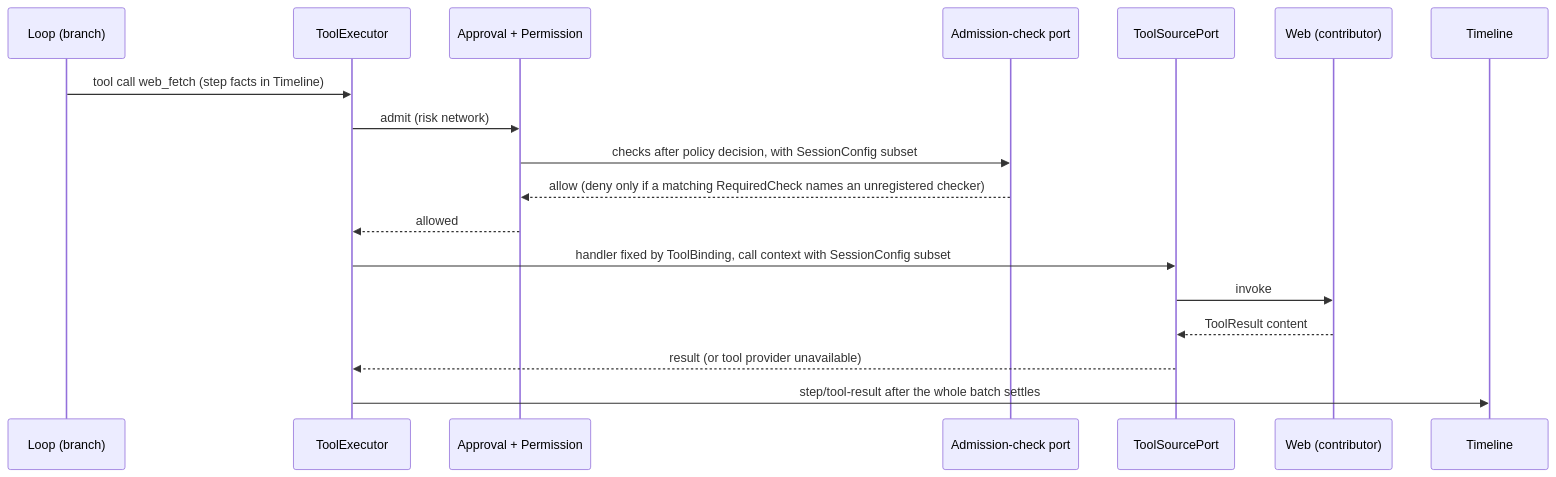
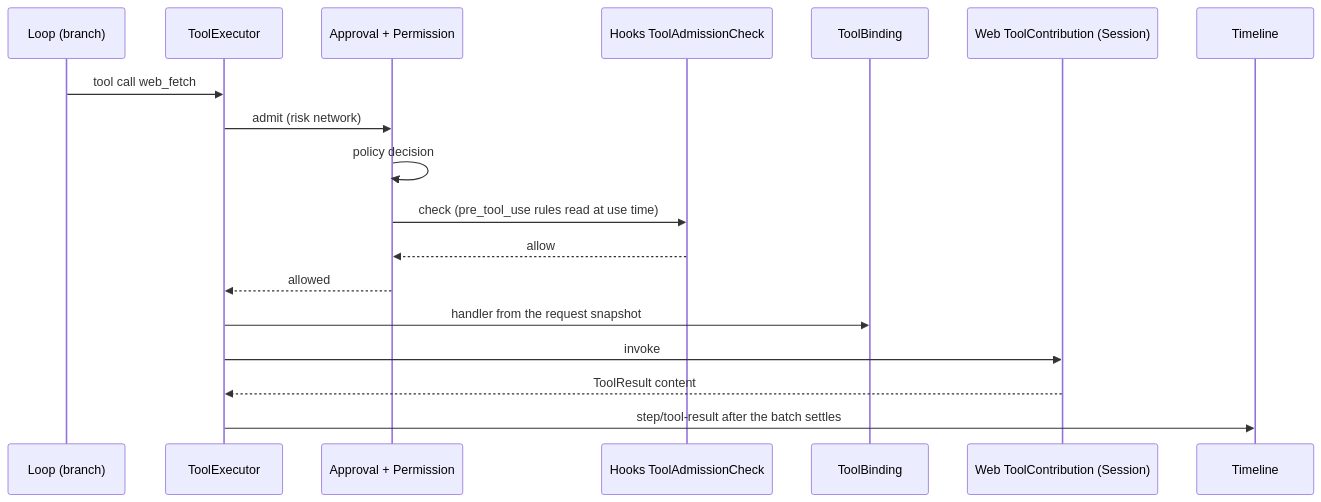
One commit to CoutinhoTTS/dim-agent changed the third of 8 diagrams in docs/design/overview.md. Above: the diagram before and after it, drawn with Mermaid. The commit also changed other lines of this file and 16 other files, not shown here.

````diff
--- a/docs/design/overview.md
+++ b/docs/design/overview.md
@@ -201,20 +168,20 @@
 ```mermaid
 sequenceDiagram
   participant LP as Loop (branch)
   participant TE as ToolExecutor
   participant AP as Approval + Permission
-  participant AR as Admission-check port
-  participant TR as ToolSourcePort
-  participant Web as Web (contributor)
+  participant HK as Hooks ToolAdmissionCheck
+  participant TB as ToolBinding
+  participant W as Web ToolContribution (Session)
   participant TL as Timeline
-  LP->>TE: tool call web_fetch (step facts in Timeline)
+  LP->>TE: tool call web_fetch
   TE->>AP: admit (risk network)
-  AP->>AR: checks after policy decision, with SessionConfig subset
-  AR-->>AP: allow (deny only if a matching RequiredCheck names an unregistered checker)
+  AP->>AP: policy decision
+  AP->>HK: check (pre_tool_use rules read at use time)
+  HK-->>AP: allow
   AP-->>TE: allowed
-  TE->>TR: handler fixed by ToolBinding, call context with SessionConfig subset
-  TR->>Web: invoke
-  Web-->>TR: ToolResult content
-  TR-->>TE: result (or tool provider unavailable)
-  TE->>TL: step/tool-result after the whole batch settles
+  TE->>TB: handler from the request snapshot
+  TE->>W: invoke
+  W-->>TE: ToolResult content
+  TE->>TL: step/tool-result after the batch settles
 ```
````
